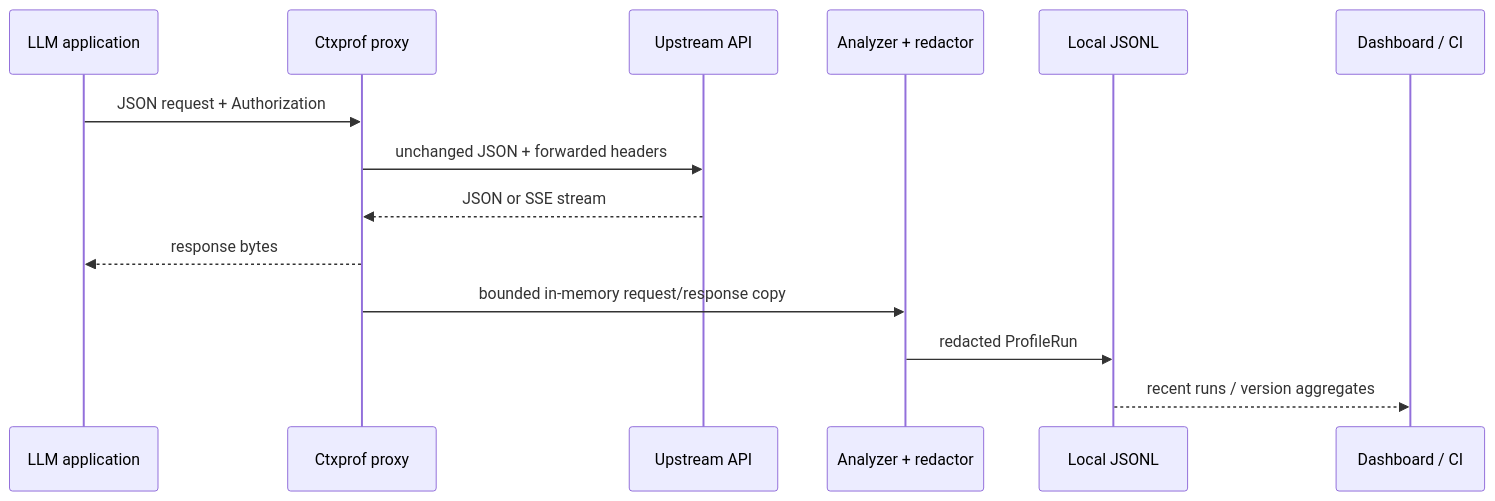
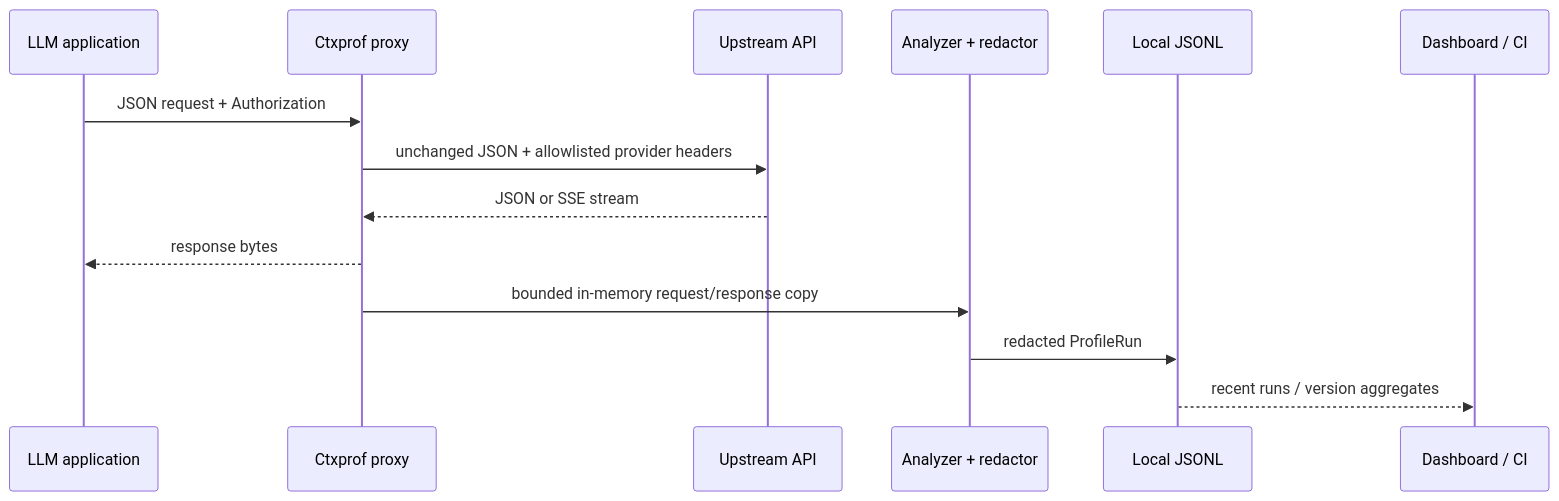
Before and after one commit to Dtdkvn/ctxprof: the first of 2 diagrams in ARCHITECTURE.md, drawn with Mermaid. The commit also changed other lines of this file and 37 other files, not shown here.

````diff
--- a/ARCHITECTURE.md
+++ b/ARCHITECTURE.md
@@ -7,17 +7,17 @@
 ```mermaid
 sequenceDiagram
   participant App as LLM application
   participant Proxy as Ctxprof proxy
   participant API as Upstream API
   participant Profile as Analyzer + redactor
   participant Store as Local JSONL
   participant UI as Dashboard / CI
 
   App->>Proxy: JSON request + Authorization
-  Proxy->>API: unchanged JSON + forwarded headers
+  Proxy->>API: unchanged JSON + allowlisted provider headers
   API-->>Proxy: JSON or SSE stream
   Proxy-->>App: response bytes
   Proxy->>Profile: bounded in-memory request/response copy
   Profile->>Store: redacted ProfileRun
   Store-->>UI: recent runs / version aggregates
 ```
````
